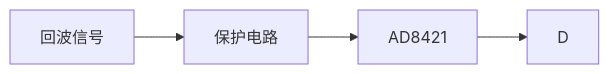
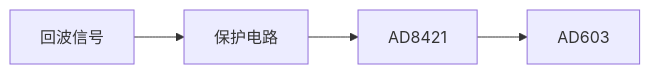
The diagram in all/多通道同步采集-1.md (Rukawa15/iodraw-files), drawn with Mermaid before and after one commit.

Commit message:
2025-06-18 23:16:37 update

````diff
--- a/all/多通道同步采集-1.md
+++ b/all/多通道同步采集-1.md
@@ -1,5 +1,5 @@
 ```mermaid
 graph LR
 A[回波信号] --> B[保护电路]
-B --> C[AD8421] -->D
+B --> C[AD8421] -->D[AD603]
 ```
````
